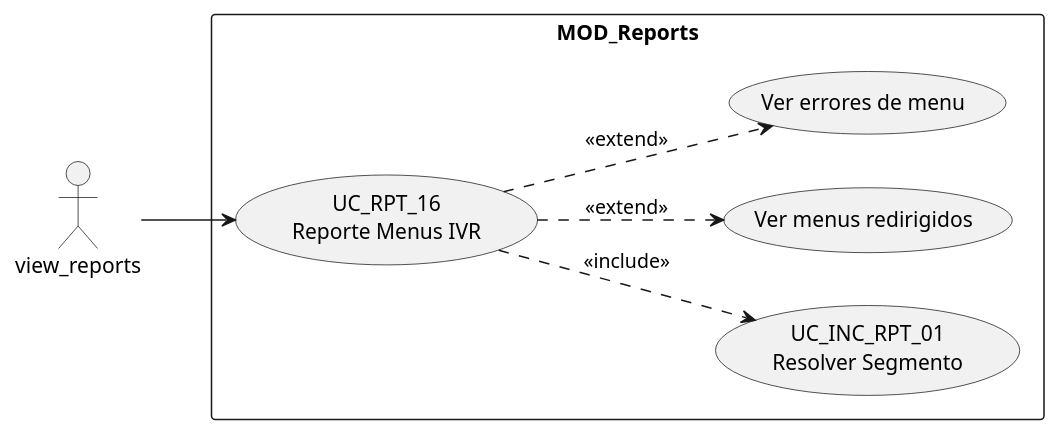
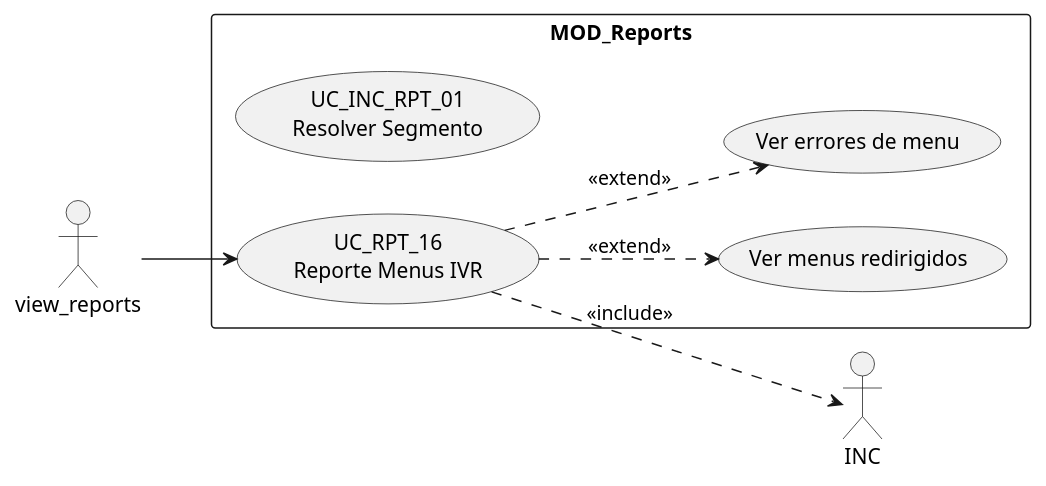
Before and after one commit to jcg-admin/IACT-docs: the diagram in source/requisitos/casos-uso/reports/uc-rpt-16/diagramas-uml/caso-de-uso.rst, drawn with PlantUML. The commit also changed 47 other files, not shown here.

First line of the commit message:
Fix cryptic PlantUML aliases in UC and architecture files (STD_011)

```diff
--- a/source/requisitos/casos-uso/reports/uc-rpt-16/diagramas-uml/caso-de-uso.rst
+++ b/source/requisitos/casos-uso/reports/uc-rpt-16/diagramas-uml/caso-de-uso.rst
@@ -4,16 +4,16 @@
 .. uml::
 
  @startuml
  left to right direction
  actor "view_reports" as view_reports
  rectangle "MOD_Reports" {
-   usecase "UC_INC_RPT_01\nResolver Segmento" as INC
+   usecase "UC_INC_RPT_01\nResolver Segmento" as IncludeUC
    usecase "UC_RPT_16\nReporte Menus IVR" as UC16
    usecase "Ver menus redirigidos" as VerMenusRedirigidos
    usecase "Ver errores de menu" as VerErroresDeMenu
  }
  view_reports --> UC16
  UC16 ..> INC : <<include>>
  UC16 ..> VerMenusRedirigidos : <<extend>>
  UC16 ..> VerErroresDeMenu : <<extend>>
  @enduml
```
